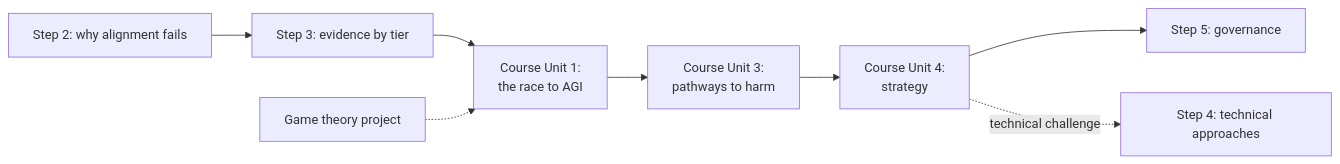
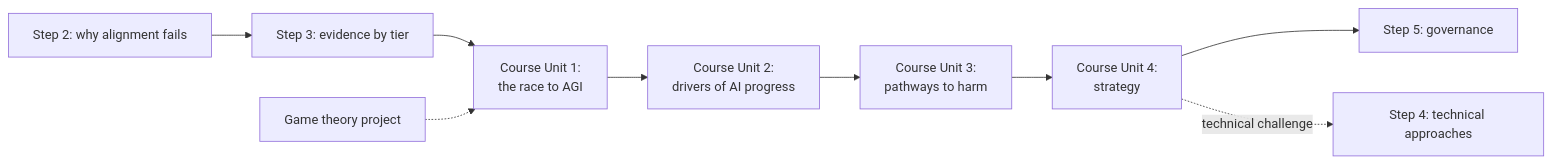
The diagram in projects/BlueDot AGI Strategy Course.md (senthilnathan01/knowledge-vault), drawn with Mermaid before and after one commit. The commit also changed other lines of this file and 5 other files, not shown here.

````diff
--- a/projects/BlueDot AGI Strategy Course.md
+++ b/projects/BlueDot AGI Strategy Course.md
@@ -27,10 +27,11 @@
 ```mermaid
 flowchart LR
     S2["Step 2: why alignment fails"] --> S3["Step 3: evidence by tier"]
     S3 --> C1["Course Unit 1:<br/>the race to AGI"]
-    C1 --> C3["Course Unit 3:<br/>pathways to harm"]
+    C1 --> C2["Course Unit 2:<br/>drivers of AI progress"]
+    C2 --> C3["Course Unit 3:<br/>pathways to harm"]
     C3 --> C4["Course Unit 4:<br/>strategy"]
     C4 --> S5["Step 5: governance"]
     C4 -.->|"technical challenge"| S4["Step 4: technical approaches"]
     GT["Game theory project"] -.-> C1
 ```
````
